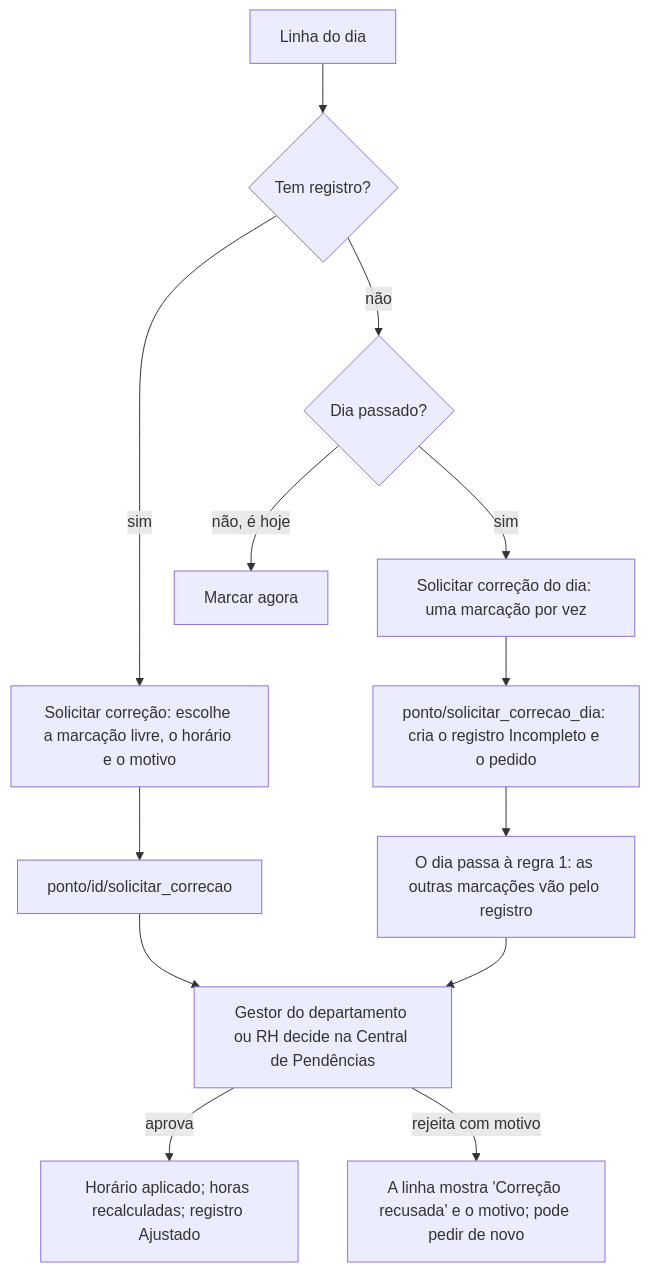
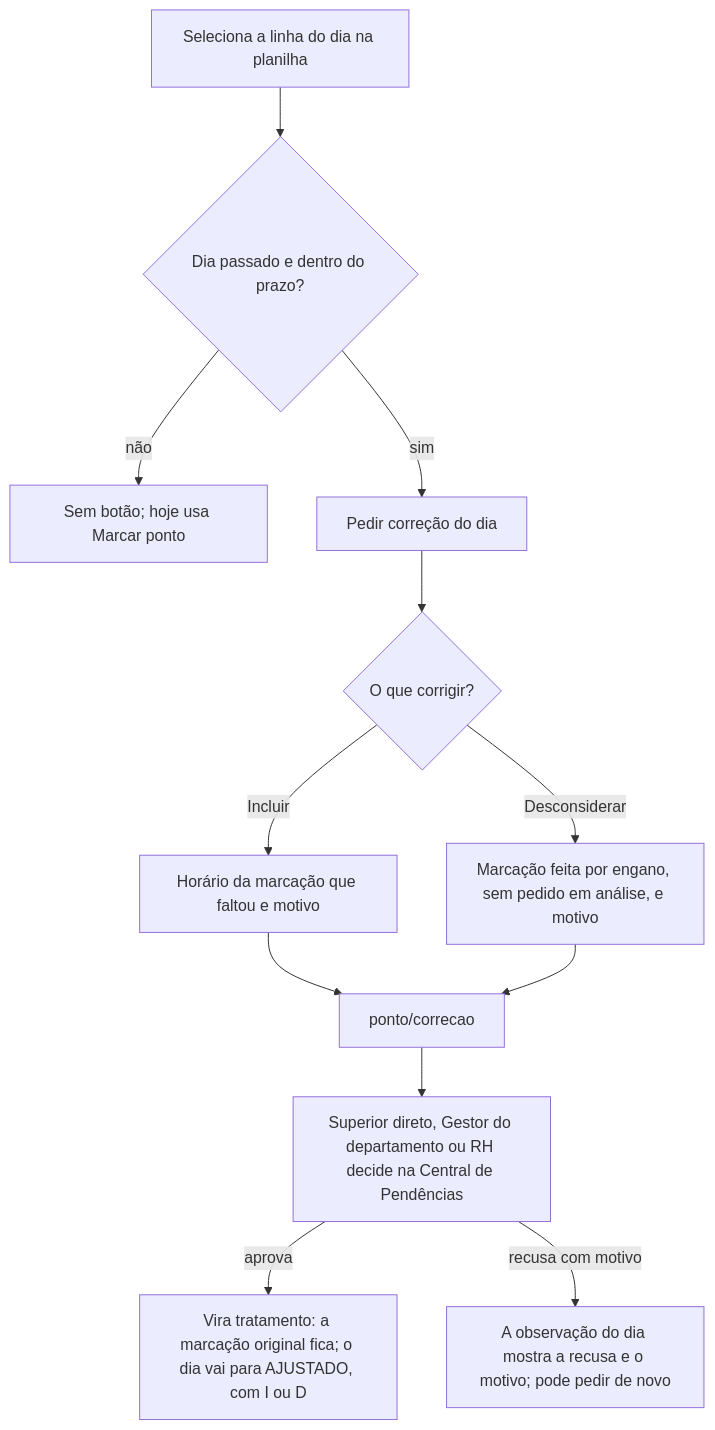
One commit to leonardo-sferreira/conectahr changed the diagram in docs/fluxos/ponto-mensal.md. Above: the diagram before and after it, drawn with Mermaid. The commit also changed other lines of this file and 33 other files, not shown here.

First line of the commit message:
Tela de ponto no REP-P: Hoje, Mes com o art. 84, comprovante em PDF e folha da equipe (4.1 a 4.6)

````diff
--- a/docs/fluxos/ponto-mensal.md
+++ b/docs/fluxos/ponto-mensal.md
@@ -44,15 +63,14 @@
 ```mermaid
 flowchart TD
-    A[Linha do dia] --> B{Tem registro?}
-    B -- sim --> C[Solicitar correção: escolhe a marcação livre, o horário e o motivo]
-    C --> D[ponto/id/solicitar_correcao]
-    B -- não --> E{Dia passado?}
-    E -- não, é hoje --> F[Marcar agora]
-    E -- sim --> G[Solicitar correção do dia: uma marcação por vez]
-    G --> H[ponto/solicitar_correcao_dia: cria o registro Incompleto e o pedido]
-    H --> I[O dia passa à regra 1: as outras marcações vão pelo registro]
-    D --> J[Gestor do departamento ou RH decide na Central de Pendências]
-    I --> J
-    J -- aprova --> K[Horário aplicado; horas recalculadas; registro Ajustado]
-    J -- rejeita com motivo --> L[A linha mostra 'Correção recusada' e o motivo; pode pedir de novo]
+    A[Seleciona a linha do dia na planilha] --> B{Dia passado e dentro do prazo?}
+    B -- não --> C[Sem botão; hoje usa Marcar ponto]
+    B -- sim --> D[Pedir correção do dia]
+    D --> E{O que corrigir?}
+    E -- Incluir --> F[Horário da marcação que faltou e motivo]
+    E -- Desconsiderar --> G[Marcação feita por engano, sem pedido em análise, e motivo]
+    F --> H[ponto/correcao]
+    G --> H
+    H --> I[Superior direto, Gestor do departamento ou RH decide na Central de Pendências]
+    I -- aprova --> J[Vira tratamento: a marcação original fica; o dia vai para AJUSTADO, com I ou D]
+    I -- recusa com motivo --> K[A observação do dia mostra a recusa e o motivo; pode pedir de novo]
 ```
````
